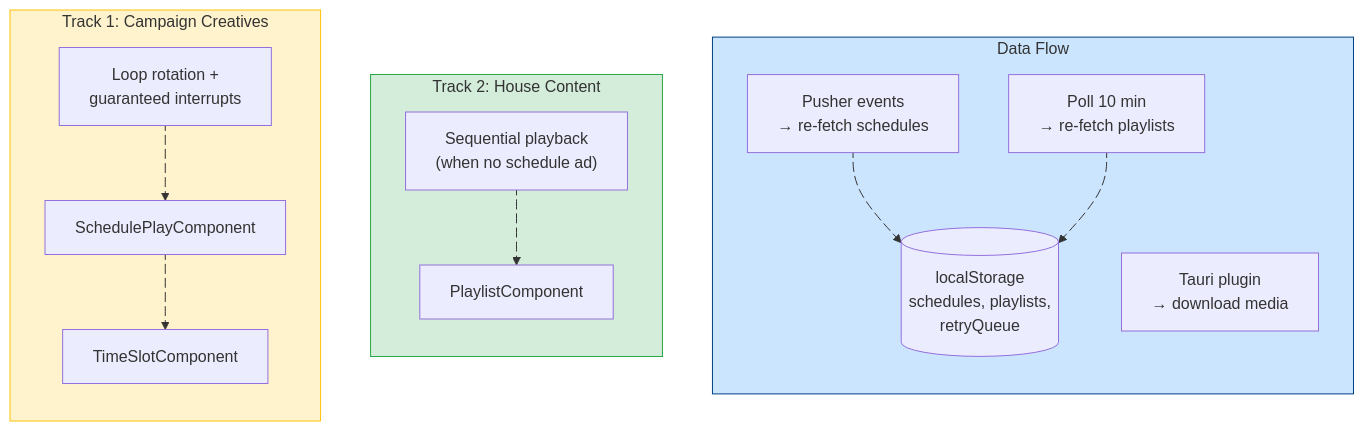
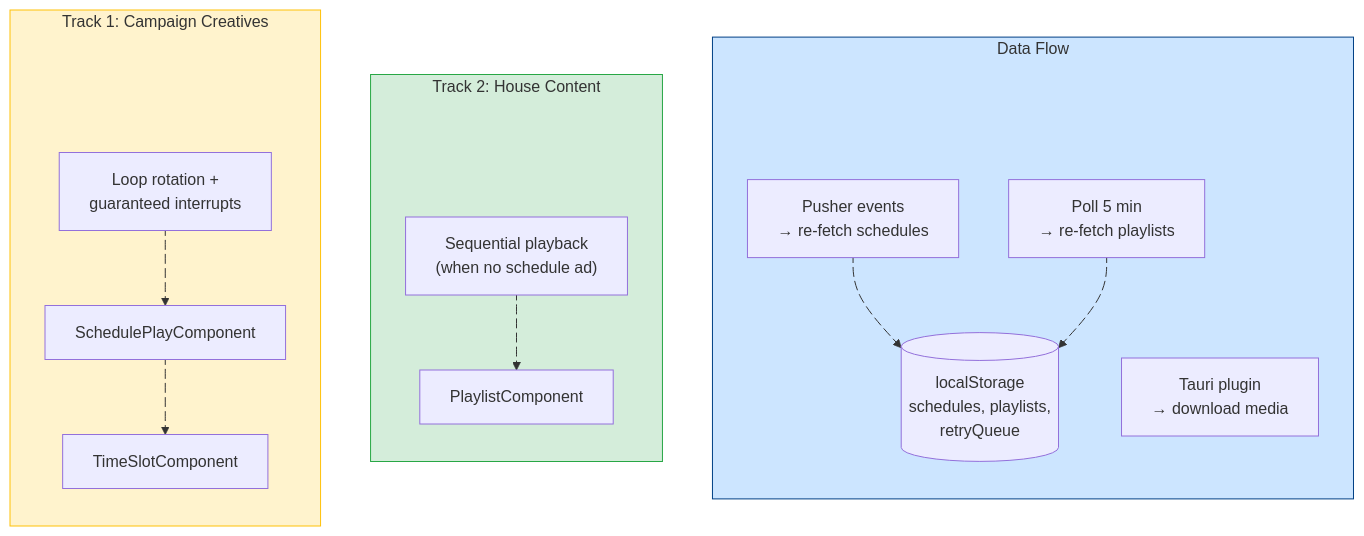
One commit to wasikarn/jira-generator changed the diagram in scripts/diagrams/03-2-player-architecture.mmd. Above: the diagram before and after it, drawn with Mermaid. The commit also changed 8 other files, not shown here.

```diff
--- a/scripts/diagrams/03-2-player-architecture.mmd
+++ b/scripts/diagrams/03-2-player-architecture.mmd
@@ -1,33 +1,37 @@
 flowchart LR
     subgraph T1["Track 1: Campaign Creatives"]
         direction TB
+        T1_pad[ ]:::spacer ~~~ S1
         S1["Loop rotation +<br/>guaranteed interrupts"]
         S2["SchedulePlayComponent"]
         S3["TimeSlotComponent"]
         S1 e1@--> S2 e2@--> S3
     end
     subgraph T2["Track 2: House Content"]
         direction TB
+        T2_pad[ ]:::spacer ~~~ P1
         P1["Sequential playback<br/>(when no schedule ad)"]
         P2["PlaylistComponent"]
         P1 e3@--> P2
     end
     subgraph DF["Data Flow"]
         direction TB
+        DF_pad[ ]:::spacer ~~~ D1
         D1["Pusher events<br/>→ re-fetch schedules"]
-        D2["Poll 10 min<br/>→ re-fetch playlists"]
+        D2["Poll 5 min<br/>→ re-fetch playlists"]
         D3[("localStorage<br/>schedules, playlists,<br/>retryQueue")]
         D4["Tauri plugin<br/>→ download media"]
         D1 e4@--> D3
         D2 e5@--> D3
     end
     T1 ~~~ T2
     T2 ~~~ DF
     e1@{ animation: fast }
     e2@{ animation: fast }
     e3@{ animation: fast }
     e4@{ animation: slow }
     e5@{ animation: slow }
+    classDef spacer fill:none,stroke:none,color:transparent
     style T1 fill:#fff3cd,stroke:#ffc107
     style T2 fill:#d4edda,stroke:#28a745
     style DF fill:#cce5ff,stroke:#004085
```
